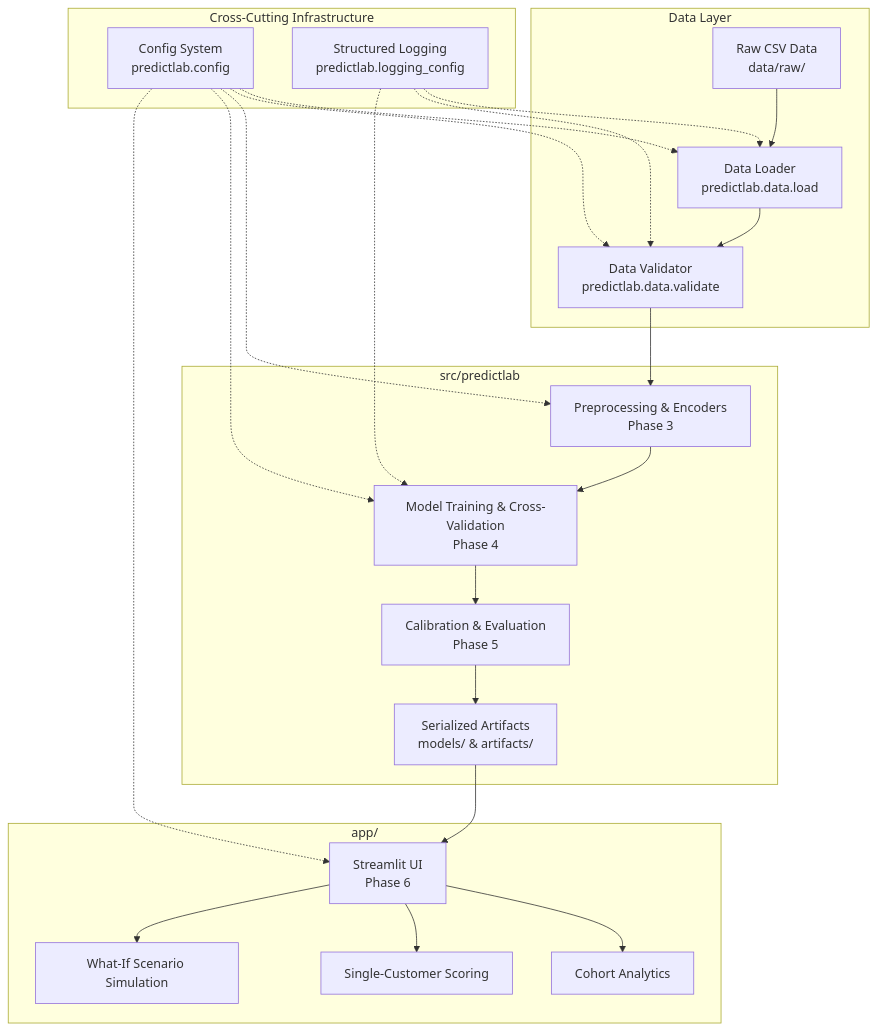
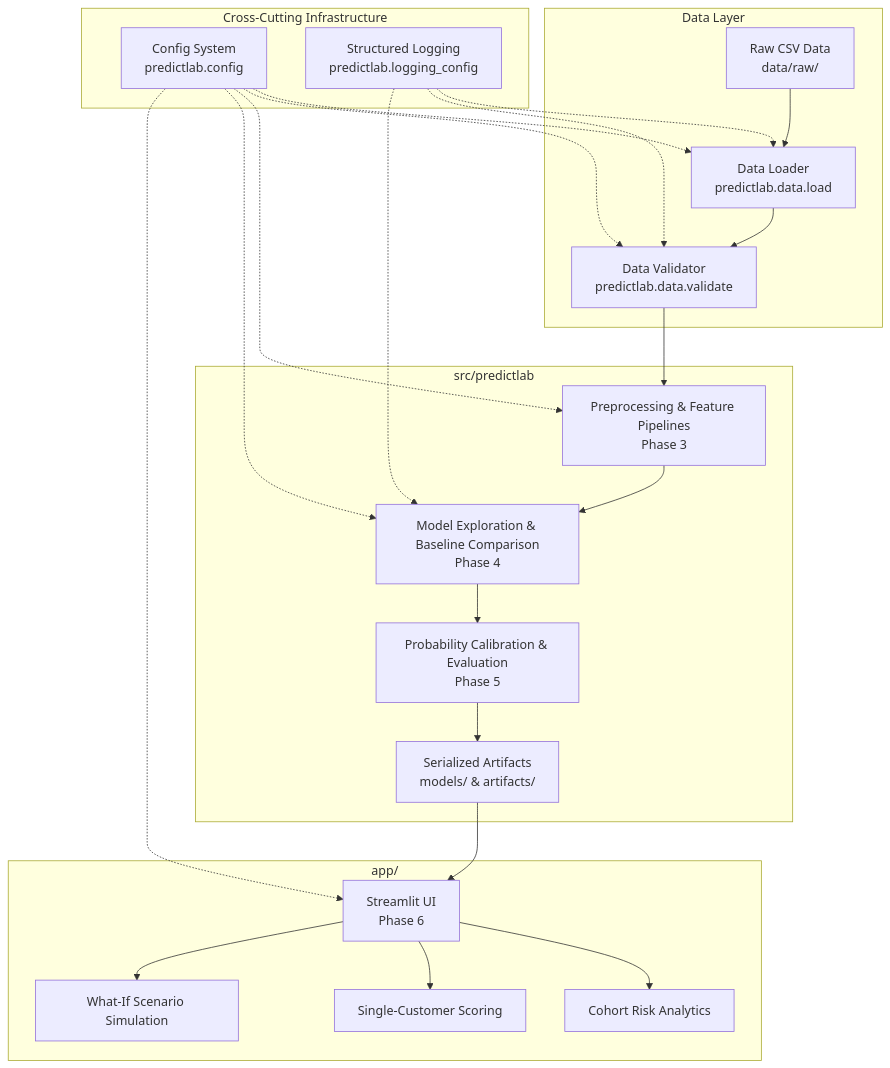
One commit to ThunderSkull7/predictlab-ml-platform changed the diagram in docs/architecture.md. Above: the diagram before and after it, drawn with Mermaid. The commit also changed other lines of this file and 12 other files, not shown here.

Commit message:
feat: Phase 1.1 methodological corrections, provenance audit, and validation hardening

````diff
--- a/docs/architecture.md
+++ b/docs/architecture.md
@@ -7,32 +7,32 @@
 ```mermaid
 graph TD
     subgraph Data Layer
         A[Raw CSV Data<br/>data/raw/] --> B[Data Loader<br/>predictlab.data.load]
         B --> C[Data Validator<br/>predictlab.data.validate]
     end
 
     subgraph Core ML Engine [src/predictlab]
-        C --> D[Preprocessing & Encoders<br/>Phase 3]
-        D --> E[Model Training & Cross-Validation<br/>Phase 4]
-        E --> F[Calibration & Evaluation<br/>Phase 5]
+        C --> D[Preprocessing & Feature Pipelines<br/>Phase 3]
+        D --> E[Model Exploration & Baseline Comparison<br/>Phase 4]
+        E --> F[Probability Calibration & Evaluation<br/>Phase 5]
         F --> G[Serialized Artifacts<br/>models/ & artifacts/]
     end
 
     subgraph Presentation Layer [app/]
         G --> H[Streamlit UI<br/>Phase 6]
-        H --> I[Cohort Analytics]
+        H --> I[Cohort Risk Analytics]
         H --> J[Single-Customer Scoring]
         H --> K[What-If Scenario Simulation]
     end
 
     subgraph Cross-Cutting Infrastructure
         CFG[Config System<br/>predictlab.config] -.-> B
         CFG -.-> C
         CFG -.-> D
         CFG -.-> E
         CFG -.-> H
         LOG[Structured Logging<br/>predictlab.logging_config] -.-> B
         LOG -.-> C
         LOG -.-> E
     end
 ```
````
